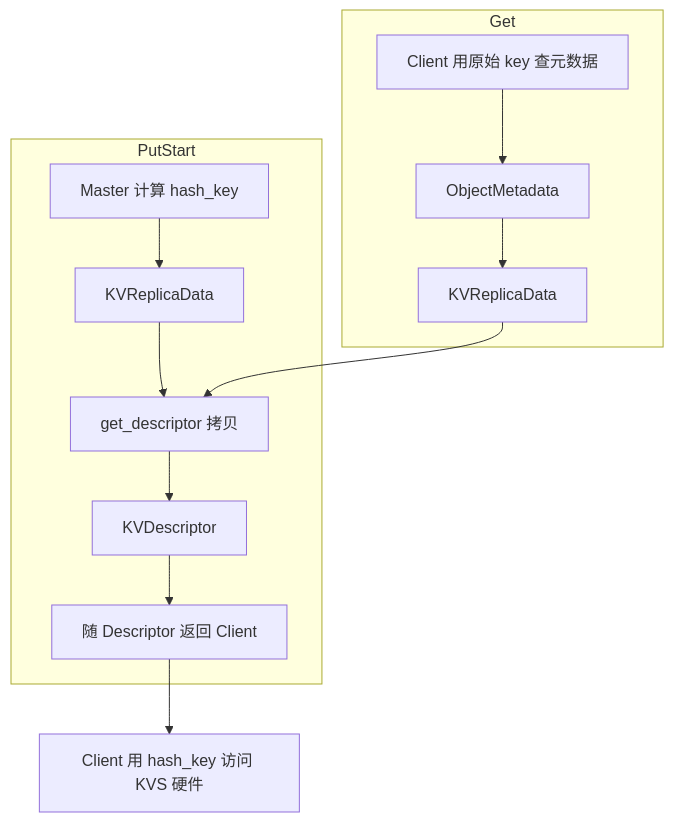
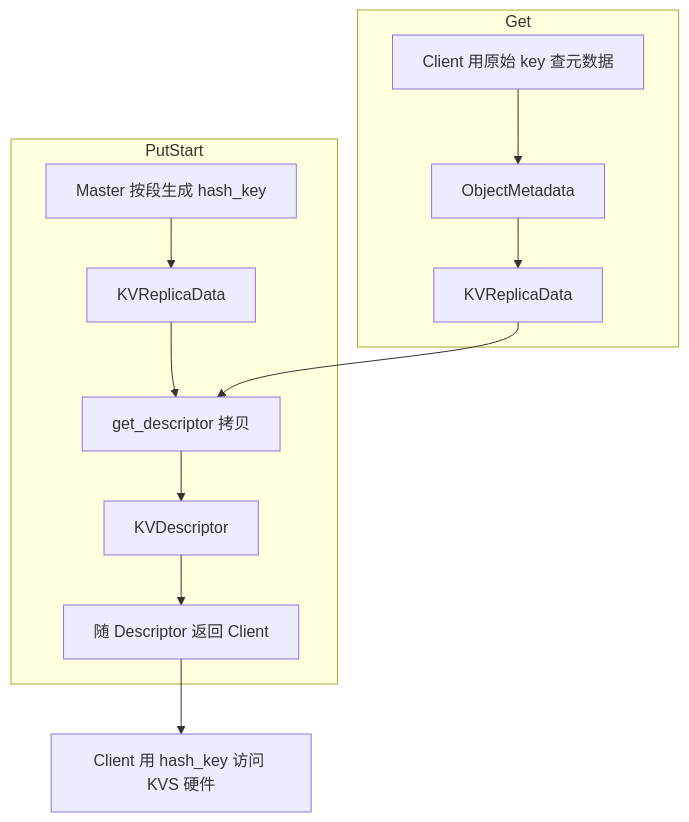
One commit to yz53665/Mooncake changed the third of 20 diagrams in mooncake-store/docs/KVUSegment_design.md. Above: the diagram before and after it, drawn with Mermaid. The commit also changed other lines of this file, not shown here.

````diff
--- a/mooncake-store/docs/KVUSegment_design.md
+++ b/mooncake-store/docs/KVUSegment_design.md
@@ -271,17 +276,17 @@
 ```mermaid
 flowchart TD
     subgraph PutStart
-        A1[Master 计算 hash_key] --> A2[KVReplicaData]
+        A1[Master 按段生成 hash_key] --> A2[KVReplicaData]
         A2 --> A3[get_descriptor 拷贝]
         A3 --> A4[KVDescriptor]
         A4 --> A5[随 Descriptor 返回 Client]
     end
 
     subgraph Get
         B1[Client 用原始 key 查元数据] --> B2[ObjectMetadata]
         B2 --> B3[KVReplicaData]
         B3 --> A3
     end
 
     A5 --> C[Client 用 hash_key 访问 KVS 硬件]
 ```
````
